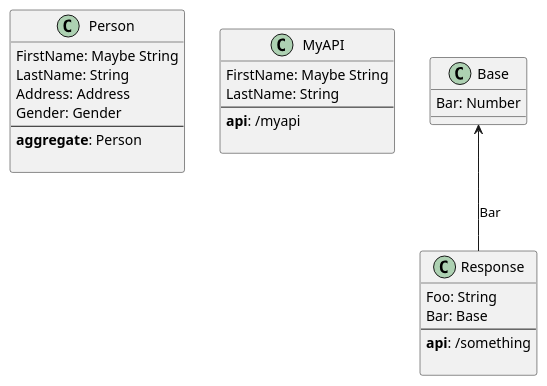
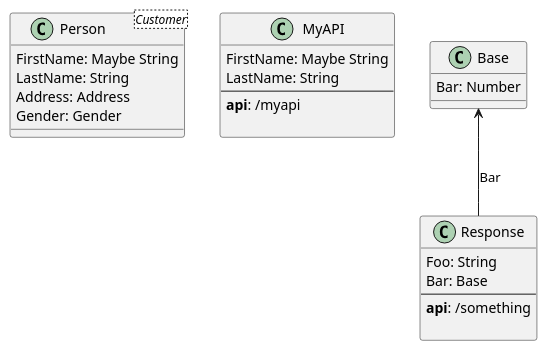
One commit to Baudin999/car-lang changed the diagram in Examples/.out/v0.0.1/APIs.API/APIs.API.puml. Above: the diagram before and after it, drawn with PlantUML. The commit also changed 39 other files, not shown here.

```diff
--- a/Examples/.out/v0.0.1/APIs.API/APIs.API.puml
+++ b/Examples/.out/v0.0.1/APIs.API/APIs.API.puml
@@ -1,27 +1,24 @@
-class "Person " as Person  {
+class "Person " as Person <Customer> {
 	FirstName: Maybe String
 	LastName: String 
 	Address: Address 
 	Gender: Gender 
---
-  <b>aggregate</b>: Person
-    
 }
 class "MyAPI" as MyAPI  {
 	FirstName: Maybe String
 	LastName: String 
 --
   <b>api</b>: /myapi
     
 }
 class "Base" as Base  {
 	Bar: Number 
 }
 class "Response" as Response  {
 	Foo: String 
 	Bar: Base 
 --
   <b>api</b>: /something
     
 }
 Base <-- Response : Bar
```
